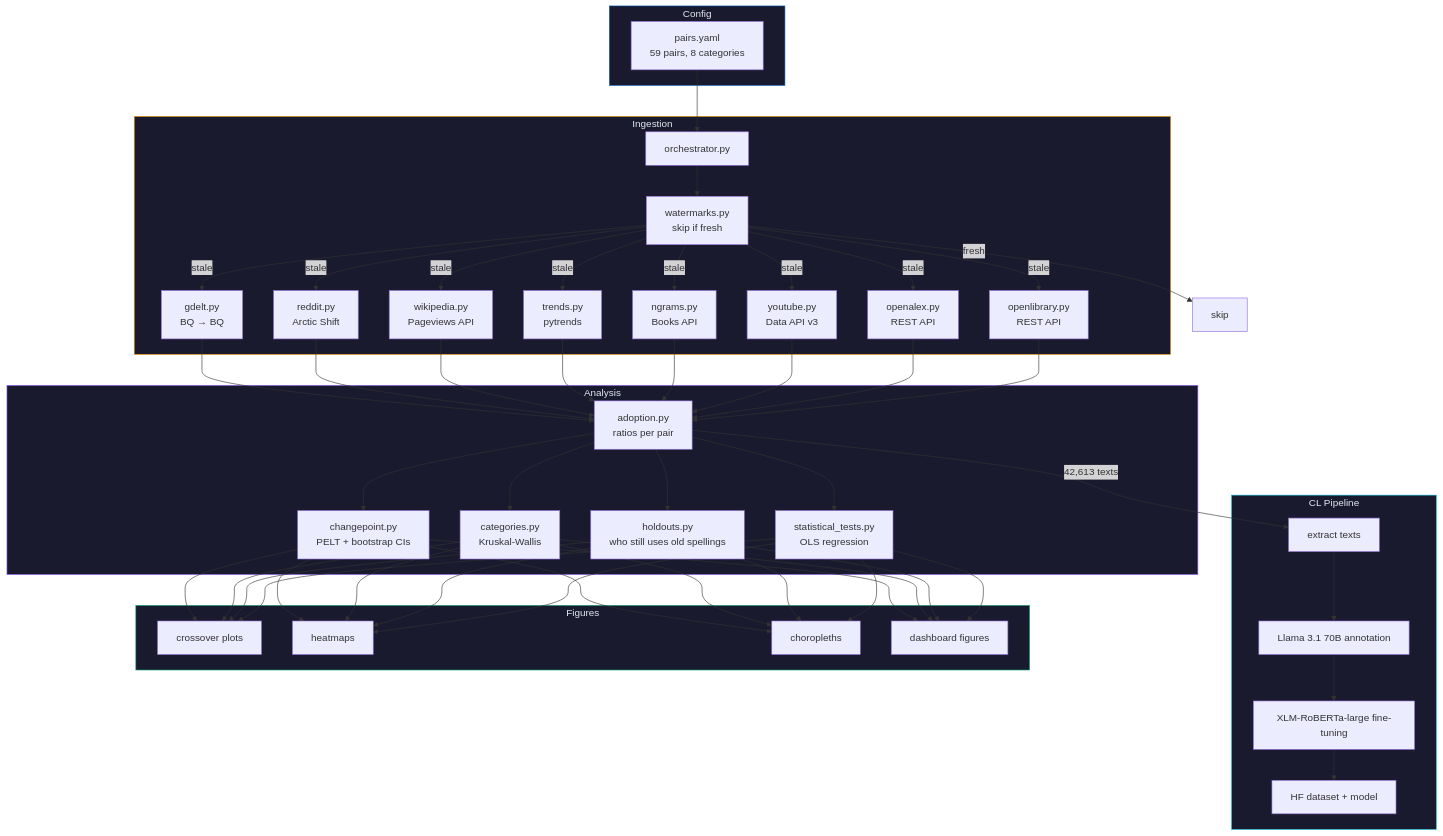
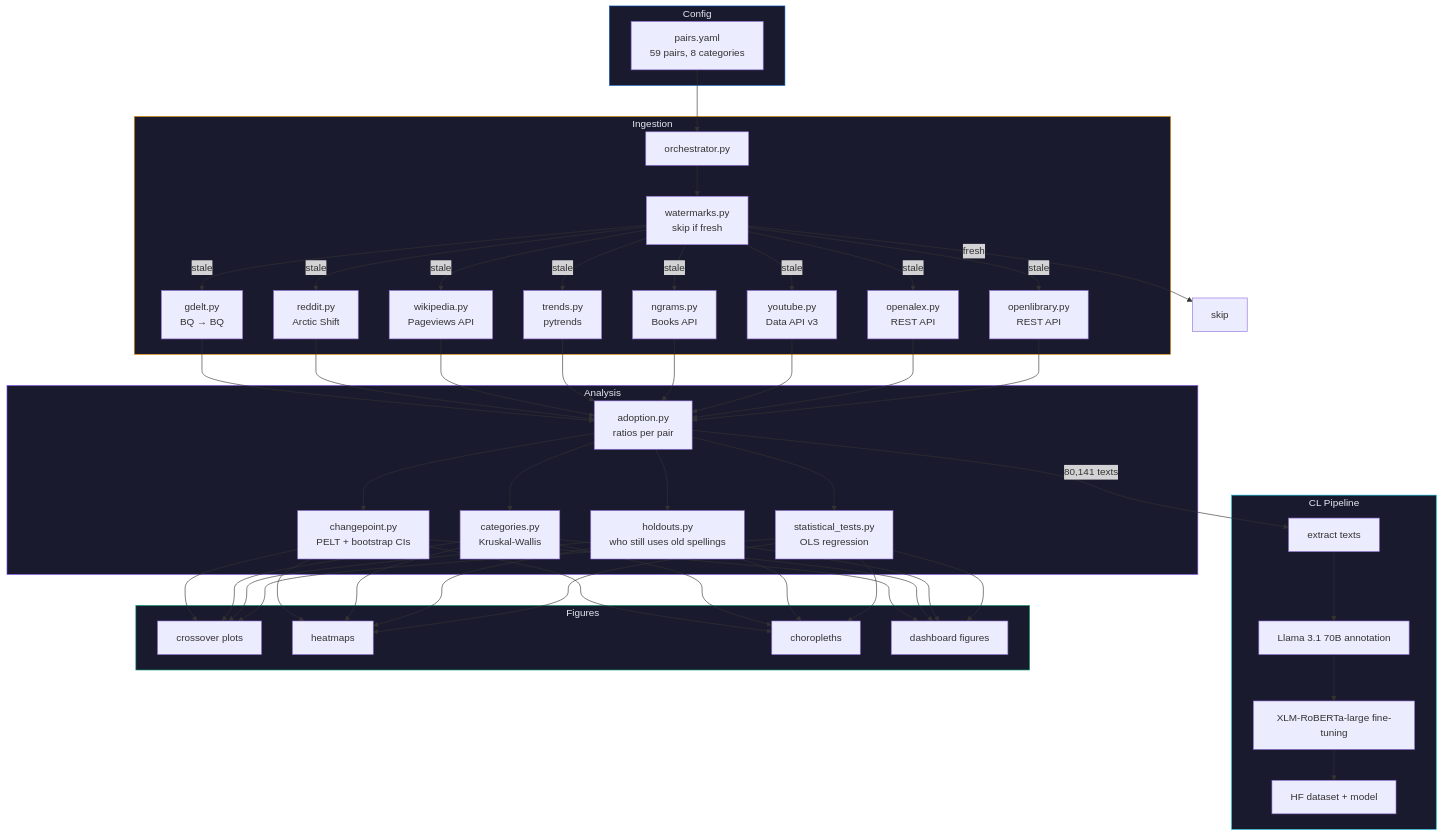
One commit to IvanDobrovolsky/kyivnotkiev changed the diagram in pipeline/README.md. Above: the diagram before and after it, drawn with Mermaid. The commit also changed 72 other files, not shown here.

````diff
--- a/pipeline/README.md
+++ b/pipeline/README.md
@@ -7,55 +7,55 @@
 ```mermaid
 flowchart TD
     subgraph Config
         style Config fill:#1a1a2e,stroke:#0057B8,color:#e2e8f0
         pairs["pairs.yaml<br/>59 pairs, 8 categories"]
     end
 
     subgraph Ingestion
         style Ingestion fill:#1a1a2e,stroke:#f59e0b,color:#e2e8f0
         orch["orchestrator.py"]
         wm["watermarks.py<br/>skip if fresh"]
         gdelt["gdelt.py<br/>BQ → BQ"]
         reddit["reddit.py<br/>Arctic Shift"]
         wiki["wikipedia.py<br/>Pageviews API"]
         trends["trends.py<br/>pytrends"]
         ngrams["ngrams.py<br/>Books API"]
         yt["youtube.py<br/>Data API v3"]
         oa["openalex.py<br/>REST API"]
         ol["openlibrary.py<br/>REST API"]
     end
 
     subgraph Analysis
         style Analysis fill:#1a1a2e,stroke:#8b5cf6,color:#e2e8f0
         adopt["adoption.py<br/>ratios per pair"]
         cp["changepoint.py<br/>PELT + bootstrap CIs"]
         cat["categories.py<br/>Kruskal-Wallis"]
         hold["holdouts.py<br/>who still uses old spellings"]
         reg["statistical_tests.py<br/>OLS regression"]
     end
 
     subgraph CL["CL Pipeline"]
         style CL fill:#1a1a2e,stroke:#06b6d4,color:#e2e8f0
         extract["extract texts"]
         annotate["Llama 3.1 70B annotation"]
         finetune["XLM-RoBERTa-large fine-tuning"]
         export["HF dataset + model"]
     end
 
     subgraph Figures
         style Figures fill:#1a1a2e,stroke:#059669,color:#e2e8f0
         cross["crossover plots"]
         heat["heatmaps"]
         choro["choropleths"]
         modern["dashboard figures"]
     end
 
     pairs --> orch
     orch --> wm
     wm -->|stale| gdelt & reddit & wiki & trends & ngrams & yt & oa & ol
     wm -->|fresh| skip["skip"]
     gdelt & reddit & wiki & trends & ngrams & yt & oa & ol --> adopt
     adopt --> cp & cat & hold & reg
-    adopt -->|42,613 texts| extract --> annotate --> finetune --> export
+    adopt -->|80,141 texts| extract --> annotate --> finetune --> export
     cp & cat & hold & reg --> cross & heat & choro & modern
 ```
````
